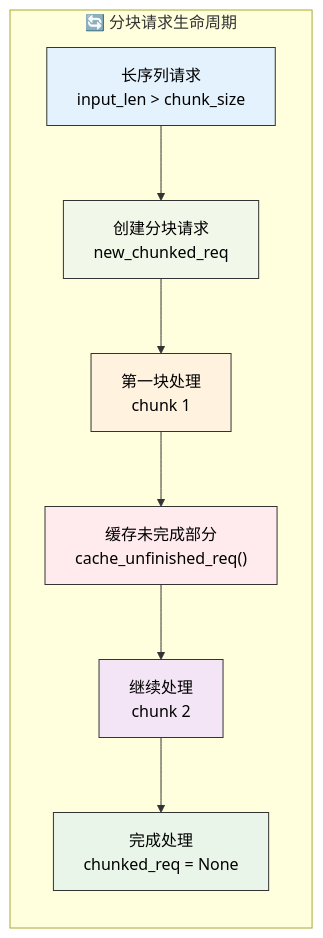
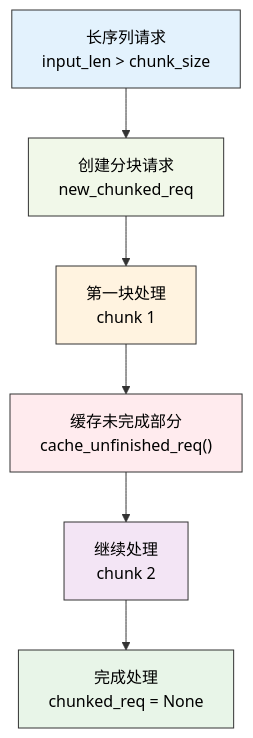
One commit to JRChen0927/sglang changed the fifth of 6 diagrams in SGLang开发者技术文档/01-调度器/04-批处理调度策略.md. Above: the diagram before and after it, drawn with Mermaid. The commit also changed other lines of this file, not shown here.

````diff
--- a/SGLang开发者技术文档/01-调度器/04-批处理调度策略.md
+++ b/SGLang开发者技术文档/01-调度器/04-批处理调度策略.md
@@ -460,24 +450,22 @@
 ```mermaid
-graph LR
-    subgraph "🔄 分块请求生命周期"
-        A["长序列请求<br/>input_len > chunk_size"]
-        B["创建分块请求<br/>new_chunked_req"]
-        C["第一块处理<br/>chunk 1"]
-        D["缓存未完成部分<br/>cache_unfinished_req()"]
-        E["继续处理<br/>chunk 2"]
-        F["完成处理<br/>chunked_req = None"]
-    end
+graph TD
+    A["长序列请求<br/>input_len > chunk_size"]
+    B["创建分块请求<br/>new_chunked_req"]
+    C["第一块处理<br/>chunk 1"]
+    D["缓存未完成部分<br/>cache_unfinished_req()"]
+    E["继续处理<br/>chunk 2"]
+    F["完成处理<br/>chunked_req = None"]
 
     A --> B
     B --> C
     C --> D
     D --> E
     E --> F
 
     style A fill:#e3f2fd,color:#000000,stroke:#333
     style B fill:#f1f8e9,color:#000000,stroke:#333
     style C fill:#fff3e0,color:#000000,stroke:#333
     style D fill:#ffebee,color:#000000,stroke:#333
     style E fill:#f3e5f5,color:#000000,stroke:#333
     style F fill:#e8f5e8,color:#000000,stroke:#333
 ```
````
